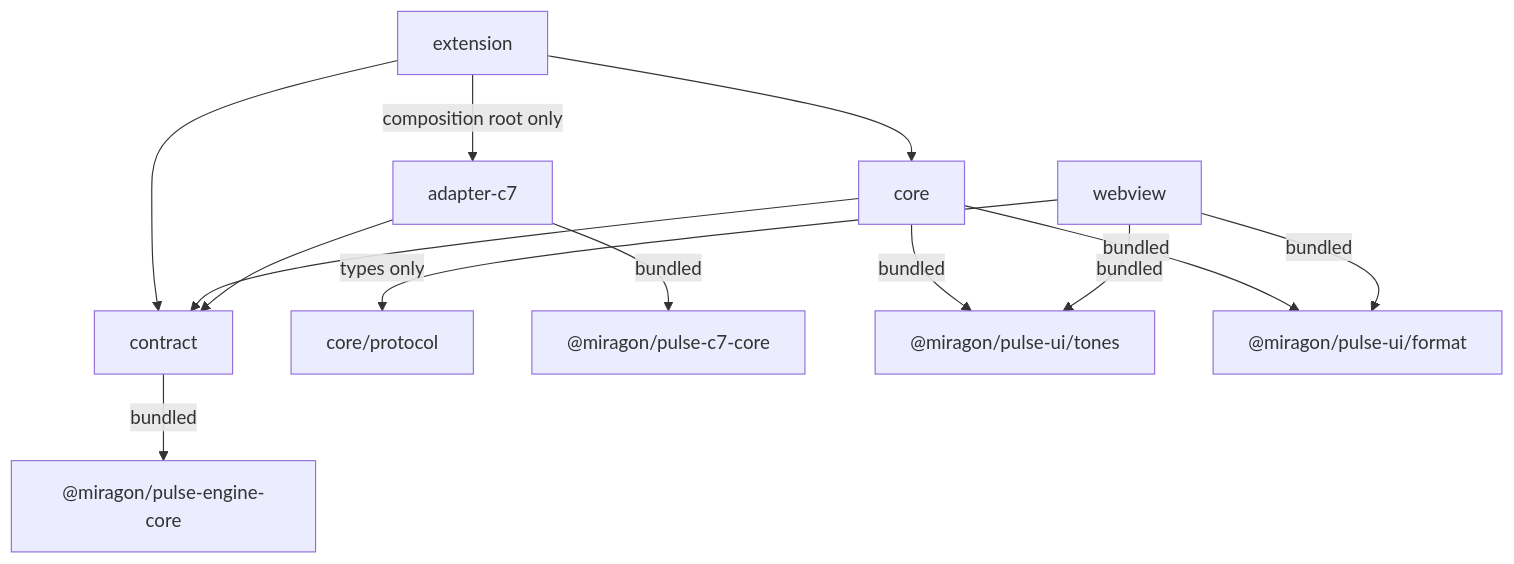
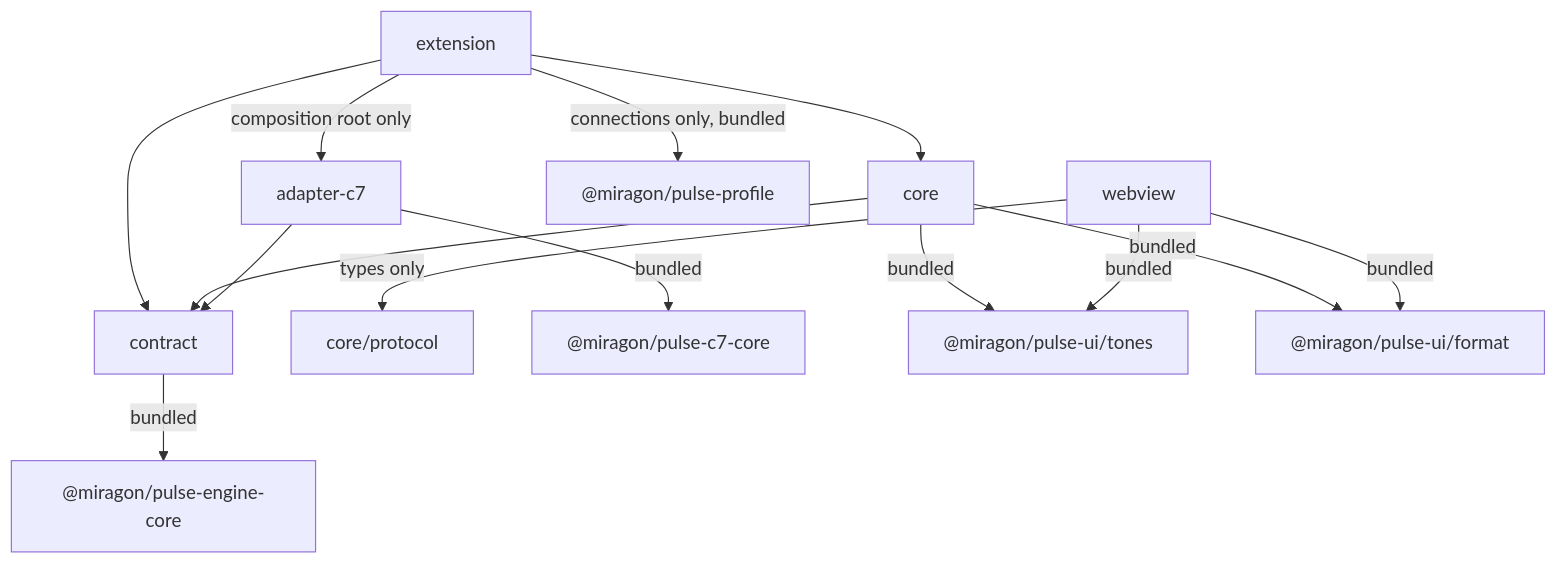
Before and after one commit to Miragon/pulse: the third of 7 diagrams in apps/vscode/docs/architecture-overview.md, drawn with Mermaid. The commit also changed other lines of this file and 151 other files, not shown here.

````diff
--- a/apps/vscode/docs/architecture-overview.md
+++ b/apps/vscode/docs/architecture-overview.md
@@ -130,15 +130,16 @@
 ```mermaid
 flowchart TB
   extension --> core
   extension --> contract
   extension -- composition root only --> adapterC7[adapter-c7]
+  extension -- connections only, bundled --> profile["@miragon/pulse-profile"]
   contract -- bundled --> engineCore["@miragon/pulse-engine-core"]
   core --> contract
   webview -- types only --> protocol[core/protocol]
   adapterC7 --> contract
   adapterC7 -- bundled --> c7Core["@miragon/pulse-c7-core"]
   core -- bundled --> tones["@miragon/pulse-ui/tones"]
   webview -- bundled --> tones
   core -- bundled --> format["@miragon/pulse-ui/format"]
   webview -- bundled --> format
 ```
````
